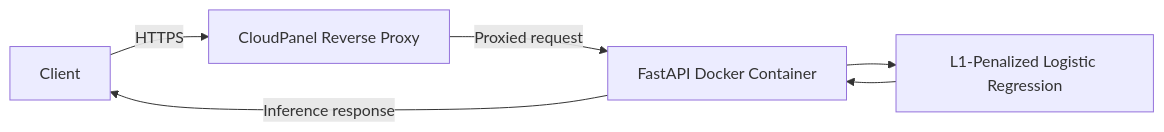
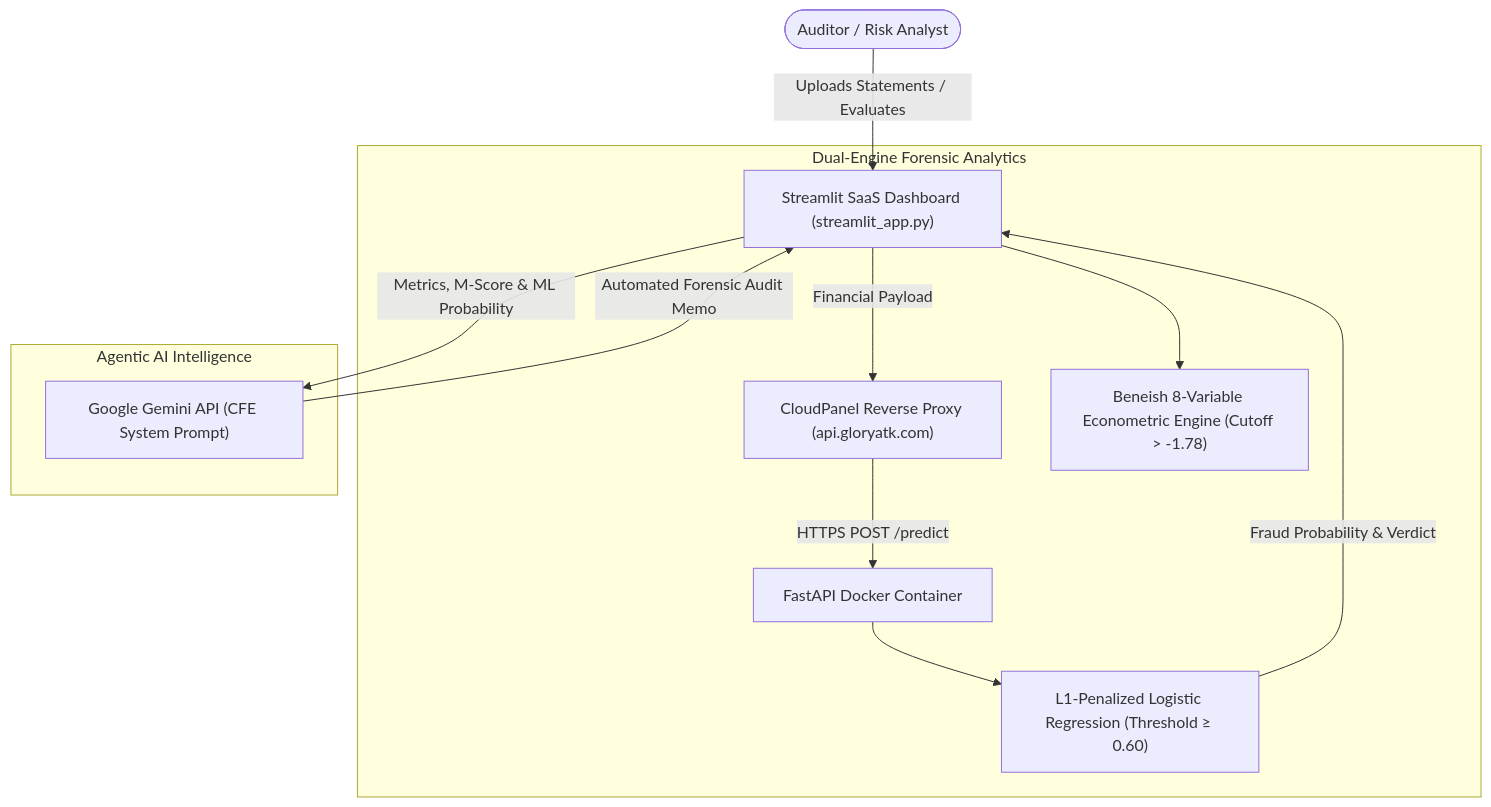
One commit to Ipanpanpan/Financial-Statement-Fraud-Detection changed the diagram in README.md. Above: the diagram before and after it, drawn with Mermaid. The commit also changed other lines of this file, not shown here.

Commit message:
Enhance README.md with detailed project overview, architecture diagram, and updated usage instructions for the Streamlit dashboard

````diff
--- a/README.md
+++ b/README.md
@@ -7,8 +20,18 @@
 ```mermaid
-flowchart LR
-    Client -->|HTTPS| Proxy[CloudPanel Reverse Proxy]
-    Proxy -->|Proxied request| API[FastAPI Docker Container]
-    API --> Model[L1-Penalized Logistic Regression]
-    Model --> API
-    API -->|Inference response| Client
+flowchart TD
+    User([Auditor / Risk Analyst]) -->|Uploads Statements / Evaluates| UI["Streamlit SaaS Dashboard (streamlit_app.py)"]
+    
+    subgraph "Dual-Engine Forensic Analytics"
+        UI -->|Financial Payload| Proxy["CloudPanel Reverse Proxy (api.gloryatk.com)"]
+        Proxy -->|HTTPS POST /predict| API["FastAPI Docker Container"]
+        API --> Model["L1-Penalized Logistic Regression (Threshold ≥ 0.60)"]
+        Model -->|Fraud Probability & Verdict| UI
+        
+        UI --> Beneish["Beneish 8-Variable Econometric Engine (Cutoff > -1.78)"]
+    end
+    
+    subgraph "Agentic AI Intelligence"
+        UI -->|Metrics, M-Score & ML Probability| Gemini["Google Gemini API (CFE System Prompt)"]
+        Gemini -->|Automated Forensic Audit Memo| UI
+    end
 ```
````
